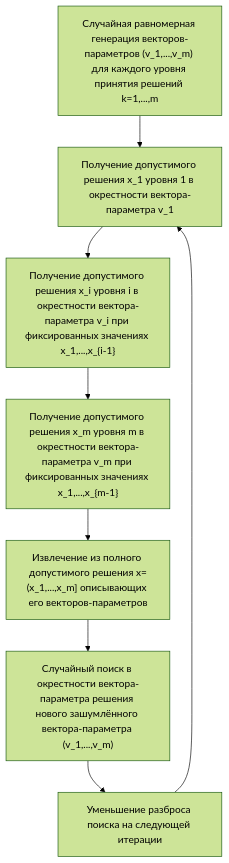
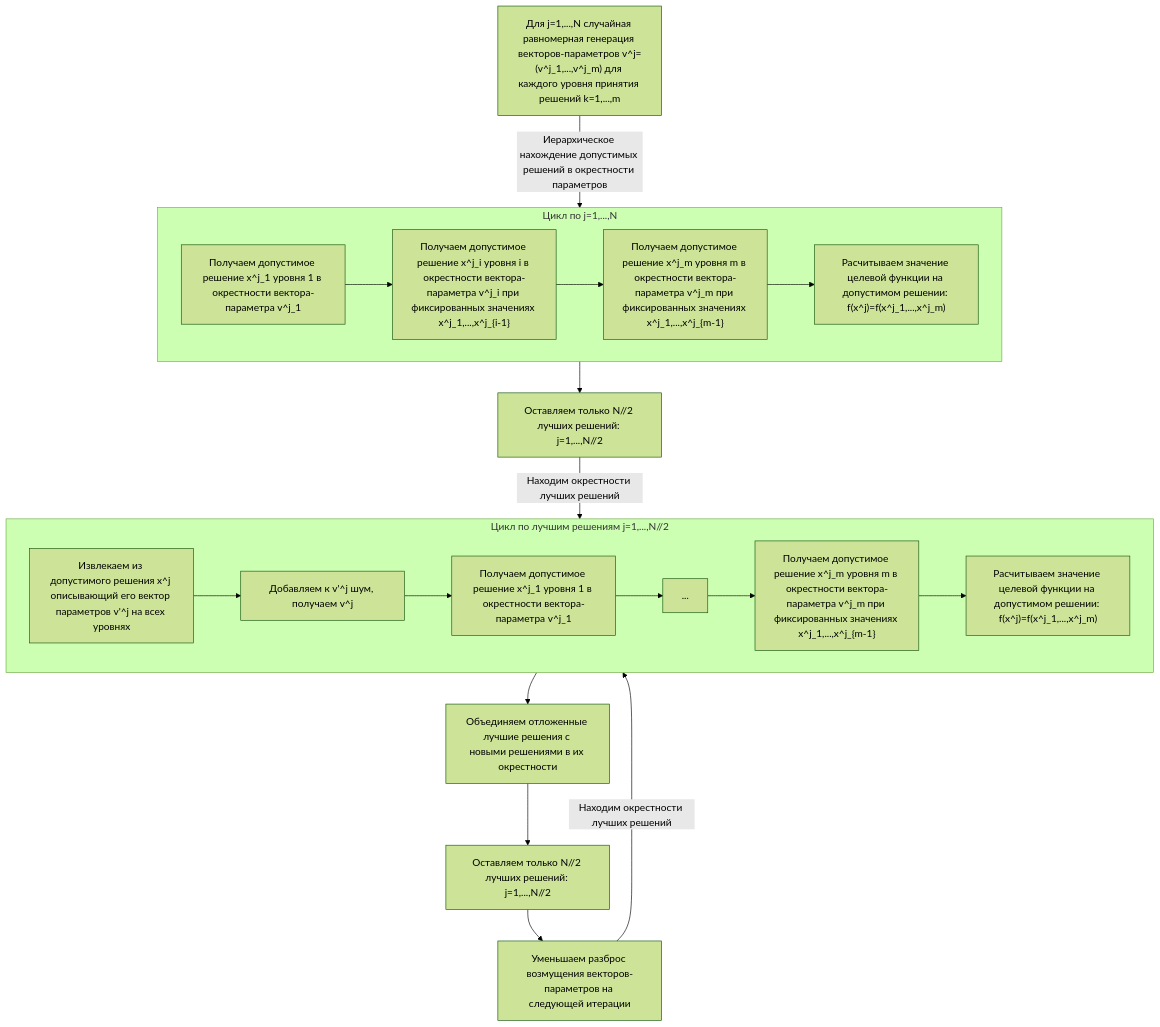
Before and after one commit to mmaxgon/optimisation: the diagram in global-opt.md, drawn with Mermaid (forest theme). The commit also changed other lines of this file, not shown here.

````diff
--- a/global-opt.md
+++ b/global-opt.md
@@ -97,18 +68,41 @@
 ```mermaid
 graph TD
-    Step_0["Случайная равномерная генерация векторов-параметров (v_1,...,v_m) для каждого уровня принятия решений k=1,...,m"]
-    Step_1["Получение допустимого решения x_1 уровня 1 в окрестности вектора-параметра v_1"]
-    Step_i["Получение допустимого решения x_i уровня i в окрестности вектора-параметра v_i при фиксированных значениях x_1,...,x_{i-1}"]
-    Step_m["Получение допустимого решения x_m уровня m в окрестности вектора-параметра v_m при фиксированных значениях x_1,...,x_{m-1}"]
-    Extract["Извлечение из полного допустимого решения x=(x_1,...,x_m] описывающих его векторов-параметров"]
-    Noise["Случайный поиск в окрестности вектора-параметра решения нового зашумлённого вектора-параметра (v_1,...,v_m)"]
-    Reduce["Уменьшение разброса поиска на следующей итерации"]
+    Step_0["Для j=1,...,N случайная равномерная генерация векторов-параметров v^j=(v^j_1,...,v^j_m) для каждого уровня принятия решений k=1,...,m"]
 
-    Step_0 --> Step_1
-    Step_1 --> Step_i
-    Step_i --> Step_m
-    Step_m --> Extract
-    Extract --> Noise
-    Noise --> Reduce
-    Reduce --> Step_1
+    subgraph Cycle_1["Цикл по j=1,...,N"]
+        direction LR
+        Step_1["Получаем допустимое решение x^j_1 уровня 1 в окрестности вектора-параметра v^j_1"]
+        Step_i["Получаем допустимое решение x^j_i уровня i в окрестности вектора-параметра v^j_i при фиксированных значениях x^j_1,...,x^j_{i-1}"]
+        Step_m["Получаем допустимое решение x^j_m уровня m в окрестности вектора-параметра v^j_m при фиксированных значениях x^j_1,...,x^j_{m-1}"]
+        Goal["Расчитываем значение целевой функции на допустимом решении: f(x^j)=f(x^j_1,...,x^j_m)"]
+
+        Step_1 --> Step_i --> Step_m --> Goal
+        %%Step_1 ~~~ Step_i ~~~ Step_m ~~~ Goal
+    end
+
+    Extract["Оставляем только N//2 лучших решений: j=1,...,N//2"]
+
+    subgraph Cycle_2["<nobr>Цикл по лучшим решениям j=1,...,N//2</nobr>"]
+        direction LR
+
+        GetParam["Извлекаем из допустимого решения x^j описывающий его вектор параметров v'^j на всех уровнях"]
+        Permutate["Добавляем к v'^j шум, получаем v^j"]
+        Step2_1["Получаем допустимое решение x^j_1 уровня 1 в окрестности вектора-параметра v^j_1"]
+        Step2_i["..."]
+        Step2_m["Получаем допустимое решение x^j_m уровня m в окрестности вектора-параметра v^j_m при фиксированных значениях x^j_1,...,x^j_{m-1}"]
+        Goal2["Расчитываем значение целевой функции на допустимом решении: f(x^j)=f(x^j_1,...,x^j_m)"]
+
+        GetParam --> Permutate --> Step2_1 --> Step2_i --> Step2_m --> Goal2
+    end
+
+    Join["Объединяем отложенные лучшие решения с новыми решениями в их окрестности"]
+    Extract_2["Оставляем только N//2 лучших решений: j=1,...,N//2"]
+    Reduce["Уменьшаем разброс возмущения векторов-параметров на следующей итерации"]
+
+    
+    Step_0 --> |"Иерархическое нахождение допустимых решений в окрестности параметров"|Cycle_1
+    Cycle_1 --> Extract 
+    Extract --> |Находим окрестности лучших решений|Cycle_2
+    Cycle_2 --> Join --> Extract_2 --> Reduce --> |Находим окрестности лучших решений|Cycle_2
+    
 ```
````
